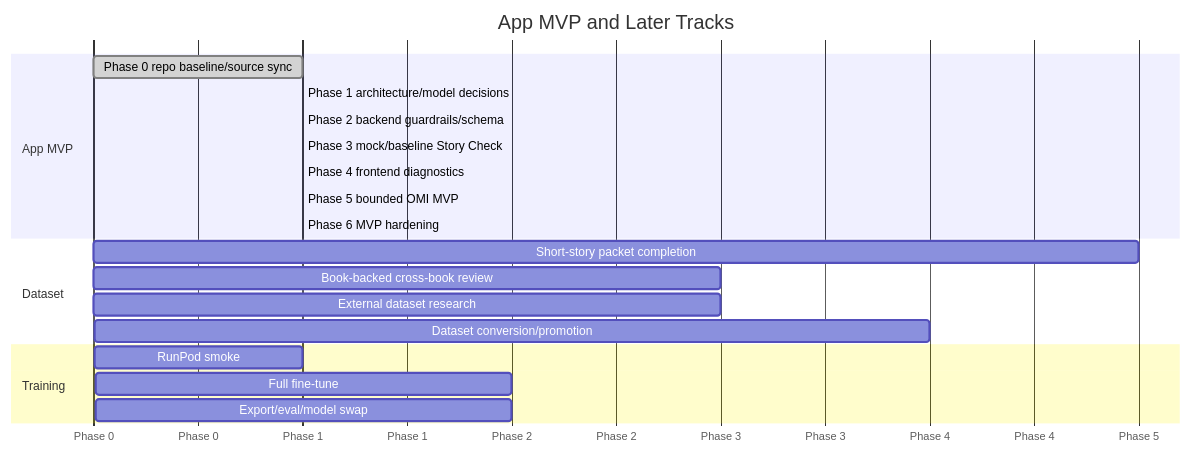
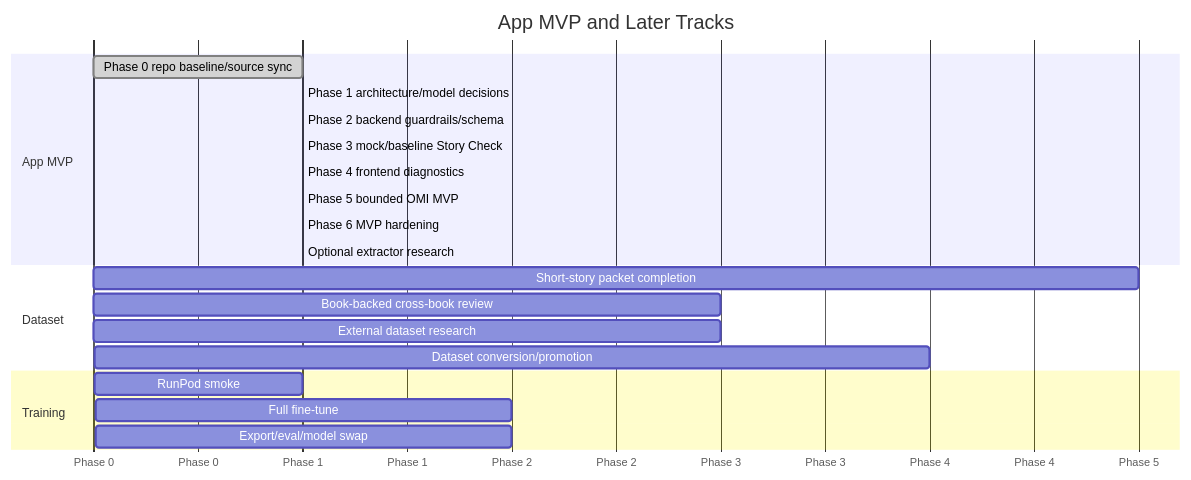
One commit to telesjr90/writingassistant changed the diagram in docs/roadmap/phase_map.md. Above: the diagram before and after it, drawn with Mermaid. The commit also changed other lines of this file and 9 other files, not shown here.

Commit message:
docs: add optional extractors and mvp test matrix

````diff
--- a/docs/roadmap/phase_map.md
+++ b/docs/roadmap/phase_map.md
@@ -122,23 +130,24 @@
 ```mermaid
 gantt
     title App MVP and Later Tracks
     dateFormat  X
     axisFormat  Phase %s
     section App MVP
     Phase 0 repo baseline/source sync :done, p0, 0, 1
     Phase 1 architecture/model decisions :p1, after p0, 1
     Phase 2 backend guardrails/schema :p2, after p1, 1
     Phase 3 mock/baseline Story Check :p3, after p2, 1
     Phase 4 frontend diagnostics :p4, after p3, 1
     Phase 5 bounded OMI MVP :p5, after p4, 1
     Phase 6 MVP hardening :p6, after p5, 1
+    Optional extractor research :extractors, after p6, 1
     section Dataset
     Short-story packet completion :packets, 1, 5
     Book-backed cross-book review :books, 2, 3
     External dataset research :external, 2, 3
     Dataset conversion/promotion :promotion, 4, 4
     section Training
     RunPod smoke :smoke, 7, 1
     Full fine-tune :train, 8, 2
     Export/eval/model swap :deploy, 10, 2
 ```
````
